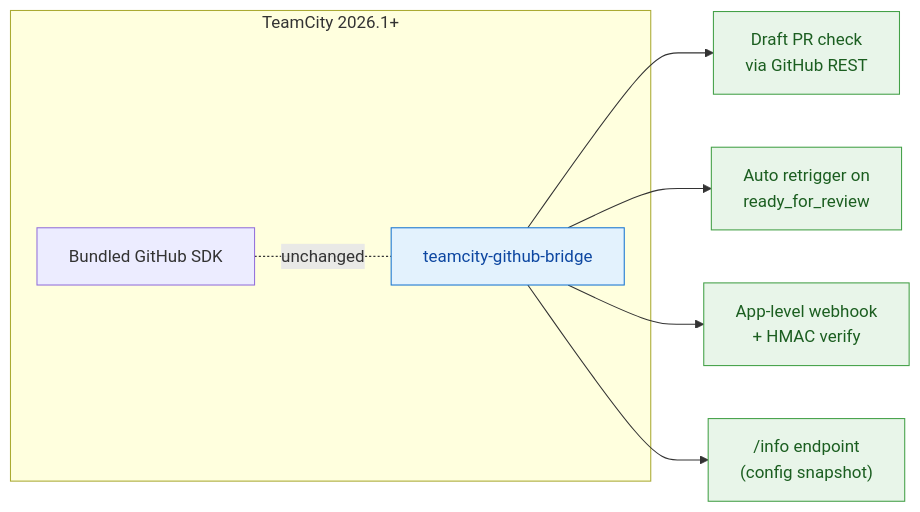
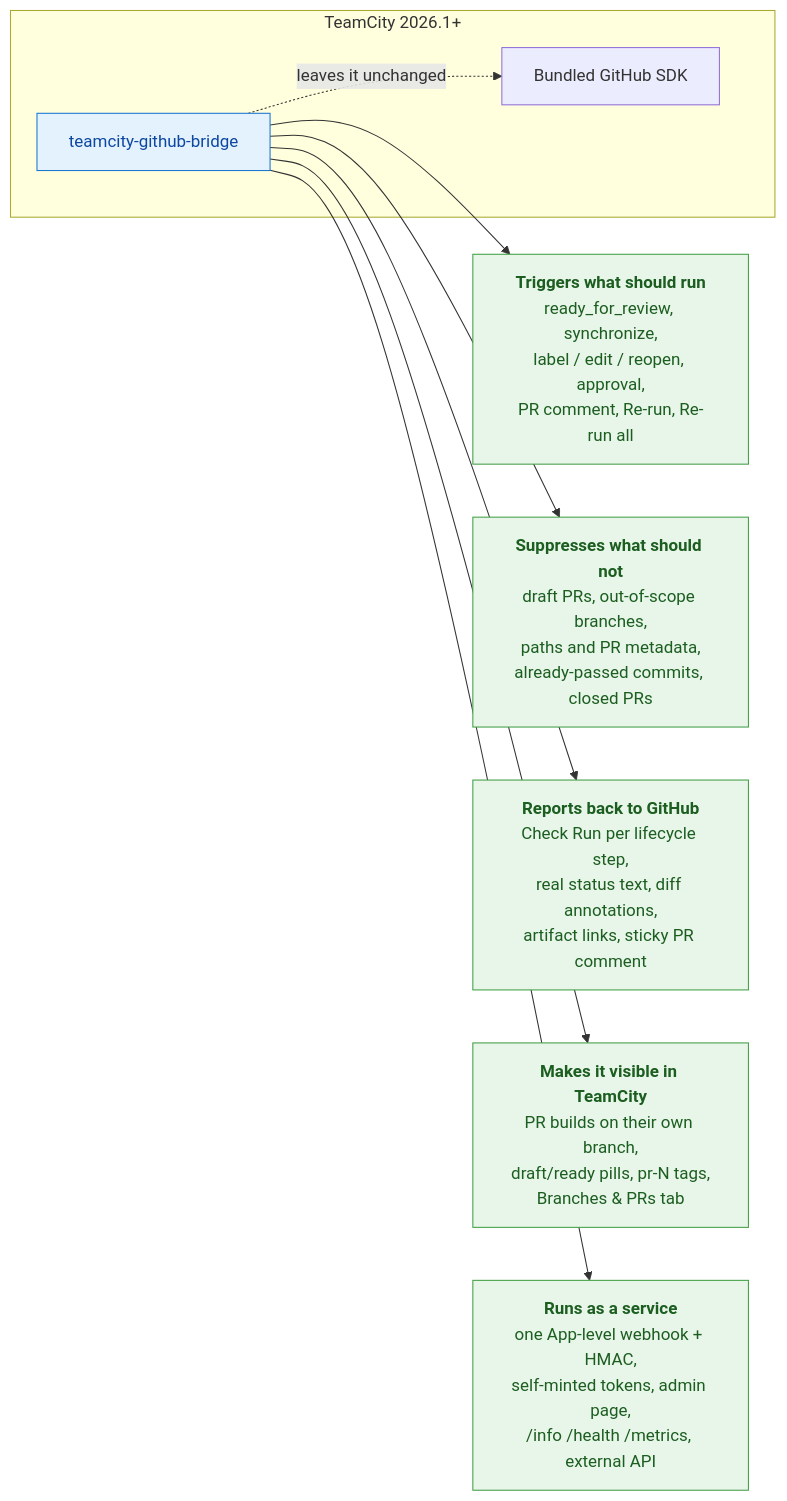
Before and after one commit to Silmaen/teamcity-github: the first of 2 diagrams in README.md, drawn with Mermaid. The commit also changed other lines of this file and 15 other files, not shown here.

````diff
--- a/README.md
+++ b/README.md
@@ -39,21 +39,23 @@
 ```mermaid
 flowchart LR
     classDef solved fill:#e8f5e9,stroke:#43a047,color:#1b5e20
     classDef plugin fill:#e3f2fd,stroke:#1976d2,color:#0d47a1
 
     subgraph TeamCity["TeamCity 2026.1+"]
-        SDK[Bundled GitHub SDK]
-        BRIDGE[teamcity-github-bridge]:::plugin
+        SDK["Bundled GitHub SDK"]
+        BRIDGE["teamcity-github-bridge"]:::plugin
     end
 
-    DRAFT["Draft PR check<br/>via GitHub REST"]:::solved
-    RETRIGGER["Auto retrigger on<br/>ready_for_review"]:::solved
-    WEBHOOK["App-level webhook<br/>+ HMAC verify"]:::solved
-    INFO["/info endpoint<br/>(config snapshot)"]:::solved
+    TRIG["<b>Triggers what should run</b><br/>ready_for_review, synchronize,<br/>label / edit / reopen, approval,<br/>PR comment, Re-run, Re-run all"]:::solved
+    SKIP["<b>Suppresses what should not</b><br/>draft PRs, out-of-scope branches,<br/>paths and PR metadata,<br/>already-passed commits, closed PRs"]:::solved
+    PUB["<b>Reports back to GitHub</b><br/>Check Run per lifecycle step,<br/>real status text, diff annotations,<br/>artifact links, sticky PR comment"]:::solved
+    VIEW["<b>Makes it visible in TeamCity</b><br/>PR builds on their own branch,<br/>draft/ready pills, pr-N tags,<br/>Branches &amp; PRs tab"]:::solved
+    OPS["<b>Runs as a service</b><br/>one App-level webhook + HMAC,<br/>self-minted tokens, admin page,<br/>/info /health /metrics, external API"]:::solved
 
-    SDK -. unchanged .- BRIDGE
-    BRIDGE --> DRAFT
-    BRIDGE --> RETRIGGER
-    BRIDGE --> WEBHOOK
-    BRIDGE --> INFO
+    BRIDGE -. "leaves it unchanged" .-> SDK
+    BRIDGE --> TRIG
+    BRIDGE --> SKIP
+    BRIDGE --> PUB
+    BRIDGE --> VIEW
+    BRIDGE --> OPS
 ```
````
